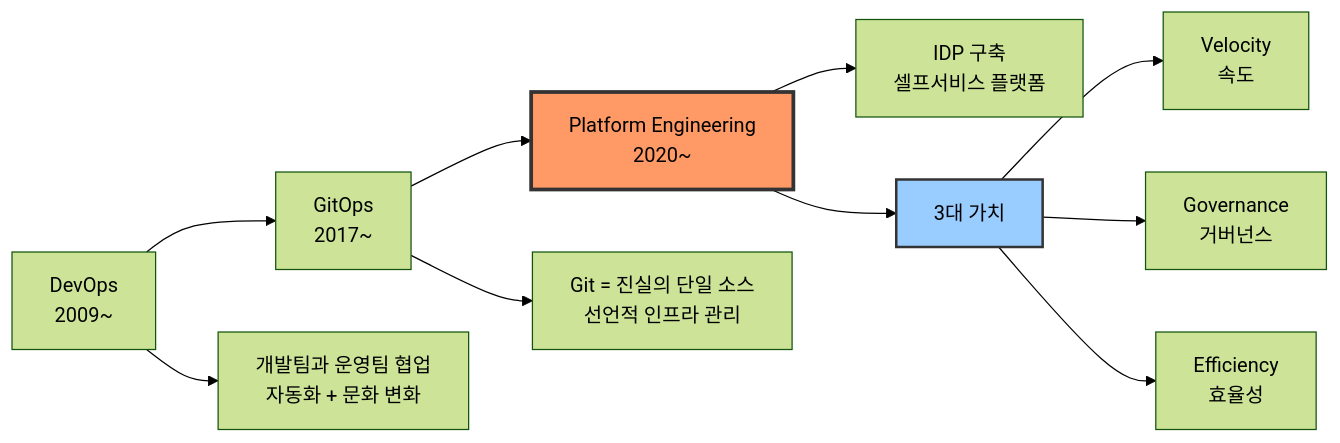
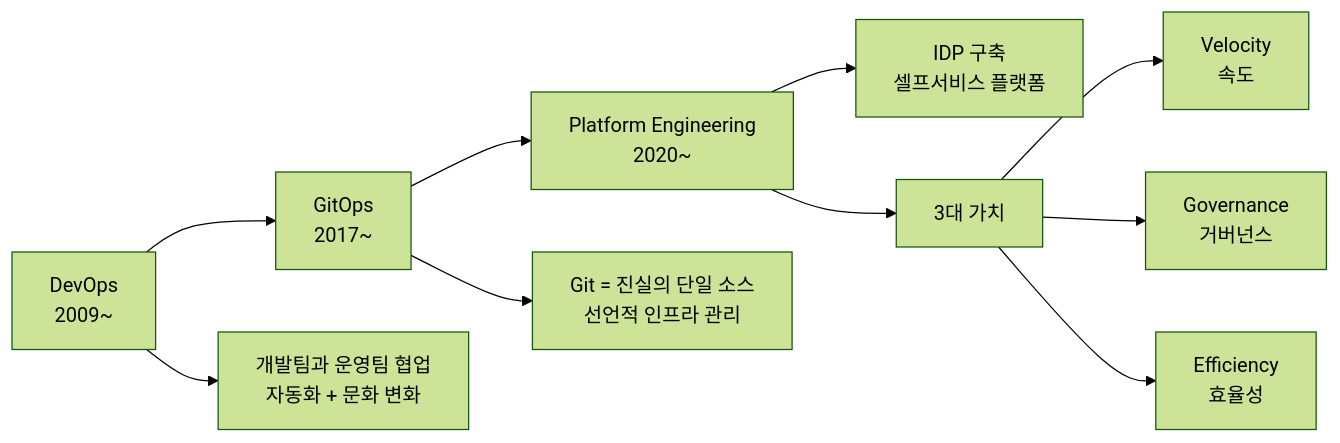
Before and after one commit to juwon8891/juwon8891.github.io: the second of 7 diagrams in docs/eks/week6-cicd.md, drawn with Mermaid (forest theme). The commit also changed other lines of this file and 18 other files, not shown here.

Commit message:
Remove bright colors from Mermaid diagrams for dark mode compatibility

````diff
--- a/docs/eks/week6-cicd.md
+++ b/docs/eks/week6-cicd.md
@@ -47,17 +42,15 @@
 ```mermaid
 graph LR
     A[DevOps<br/>2009~] --> B[GitOps<br/>2017~]
     B --> C[Platform Engineering<br/>2020~]
 
     A --> A1["개발팀과 운영팀 협업<br/>자동화 + 문화 변화"]
     B --> B1["Git = 진실의 단일 소스<br/>선언적 인프라 관리"]
     C --> C1["IDP 구축<br/>셀프서비스 플랫폼"]
 
     C --> D[3대 가치]
     D --> D1[Velocity<br/>속도]
     D --> D2[Governance<br/>거버넌스]
     D --> D3[Efficiency<br/>효율성]
 
-    style C fill:#f96,stroke:#333,stroke-width:3px
-    style D fill:#9cf,stroke:#333,stroke-width:2px
 ```
````
